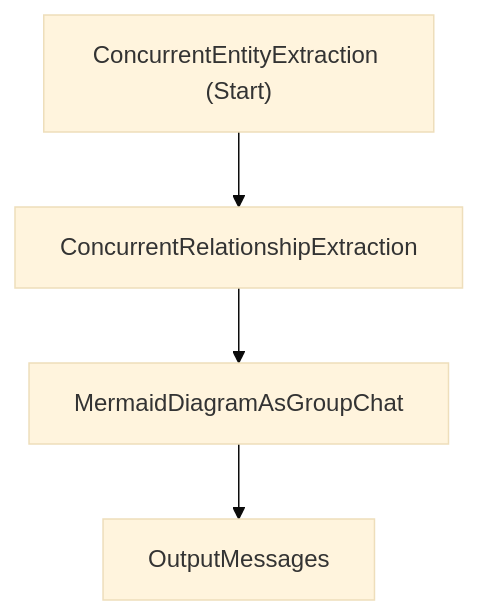
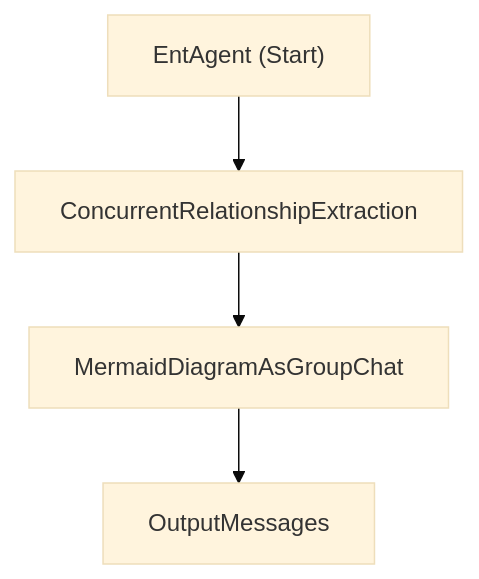
The first of 3 diagrams in Apex.AgenticEntityExtractor/README.md (dcostea/Apex.AgenticEntityExtractor), drawn with Mermaid (base theme) before and after one commit. The commit also changed other lines of this file and 30 other files, not shown here.

````diff
--- a/Apex.AgenticEntityExtractor/README.md
+++ b/Apex.AgenticEntityExtractor/README.md
@@ -57,10 +57,10 @@
 ```mermaid
 flowchart TD                                                            
-  ConcurrentEntityExtraction["ConcurrentEntityExtraction (Start)"];     
+  EntAgent["EntAgent (Start)"];                                          
   ConcurrentRelationshipExtraction["ConcurrentRelationshipExtraction"]; 
   MermaidDiagramAsGroupChat["MermaidDiagramAsGroupChat"];               
   OutputMessages["OutputMessages"];                                     
-  ConcurrentEntityExtraction --> ConcurrentRelationshipExtraction;      
+  EntAgent --> ConcurrentRelationshipExtraction;                        
   ConcurrentRelationshipExtraction --> MermaidDiagramAsGroupChat;       
   MermaidDiagramAsGroupChat --> OutputMessages;                         
 ```
````
